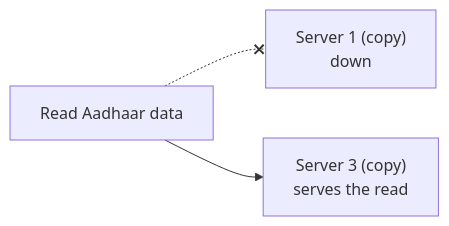
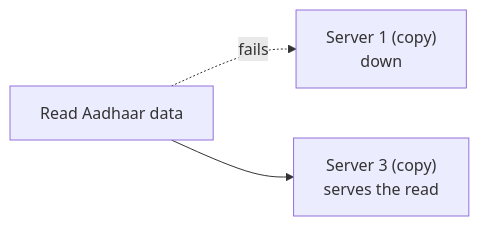
One commit to aaryan-pradhan/core-cs-fundamentals changed the fourth of 10 diagrams in dbms/15-nosql.md. Above: the diagram before and after it, drawn with Mermaid.

Commit message:
Use plain dotted link in replica set diagram

````diff
--- a/dbms/15-nosql.md
+++ b/dbms/15-nosql.md
@@ -125,5 +125,5 @@
 ```mermaid
 flowchart LR
-  Q["Read Aadhaar data"] -.-x S1["Server 1 (copy)<br/>down"]
+  Q["Read Aadhaar data"] -. "fails" .-> S1["Server 1 (copy)<br/>down"]
   Q --> S3["Server 3 (copy)<br/>serves the read"]
 ```
````
